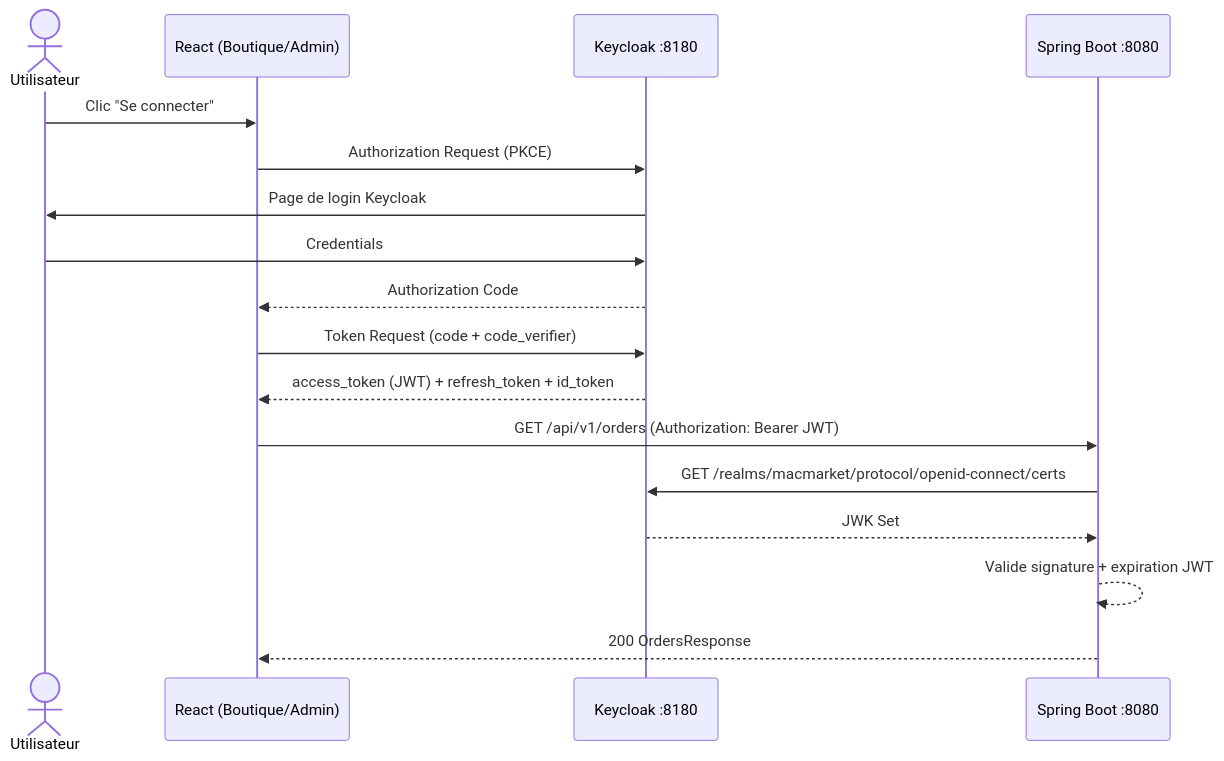
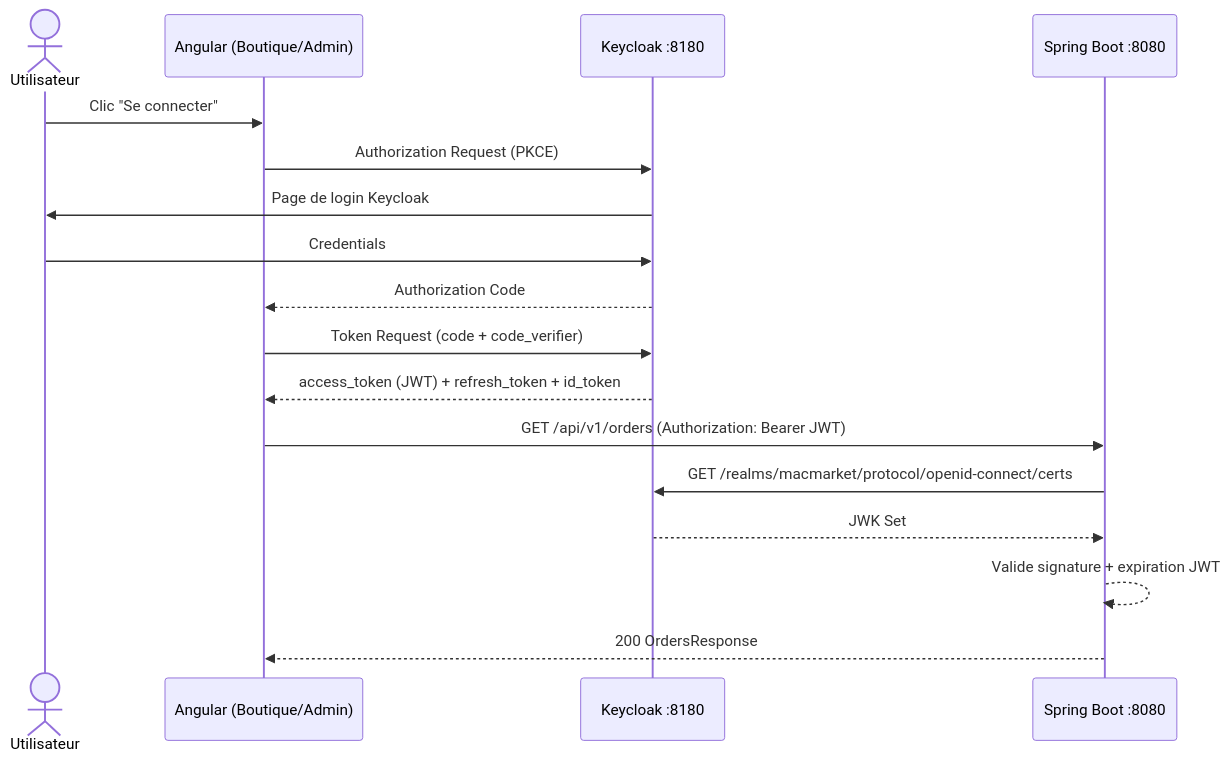
Before and after one commit to dbeaumont/macmarket: the first of 2 diagrams in docs/05-security.md, drawn with Mermaid. The commit also changed other lines of this file and 8 other files, not shown here.

````diff
--- a/docs/05-security.md
+++ b/docs/05-security.md
@@ -7,20 +7,20 @@
 ```mermaid
 sequenceDiagram
     actor U as Utilisateur
-    participant FC as React (Boutique/Admin)
+    participant FC as Angular (Boutique/Admin)
     participant KC as Keycloak :8180
     participant API as Spring Boot :8080
 
     U->>FC: Clic "Se connecter"
     FC->>KC: Authorization Request (PKCE)
     KC->>U: Page de login Keycloak
     U->>KC: Credentials
     KC-->>FC: Authorization Code
     FC->>KC: Token Request (code + code_verifier)
     KC-->>FC: access_token (JWT) + refresh_token + id_token
     FC->>API: GET /api/v1/orders (Authorization: Bearer JWT)
     API->>KC: GET /realms/macmarket/protocol/openid-connect/certs
     KC-->>API: JWK Set
     API-->>API: Valide signature + expiration JWT
     API-->>FC: 200 OrdersResponse
 ```
````
